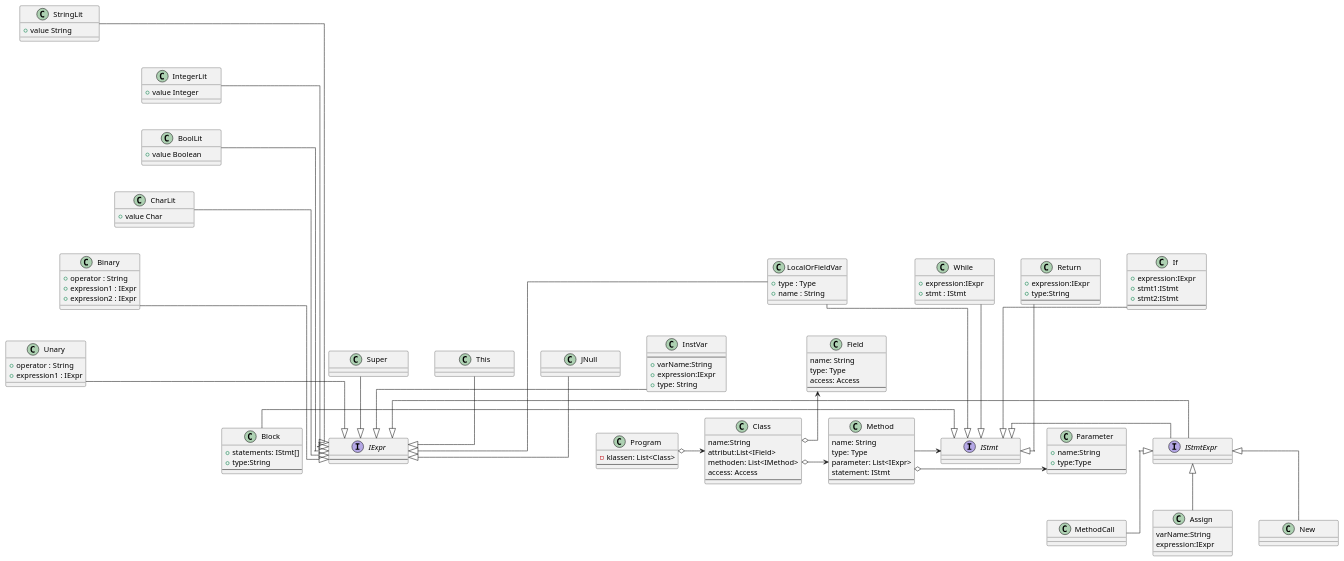
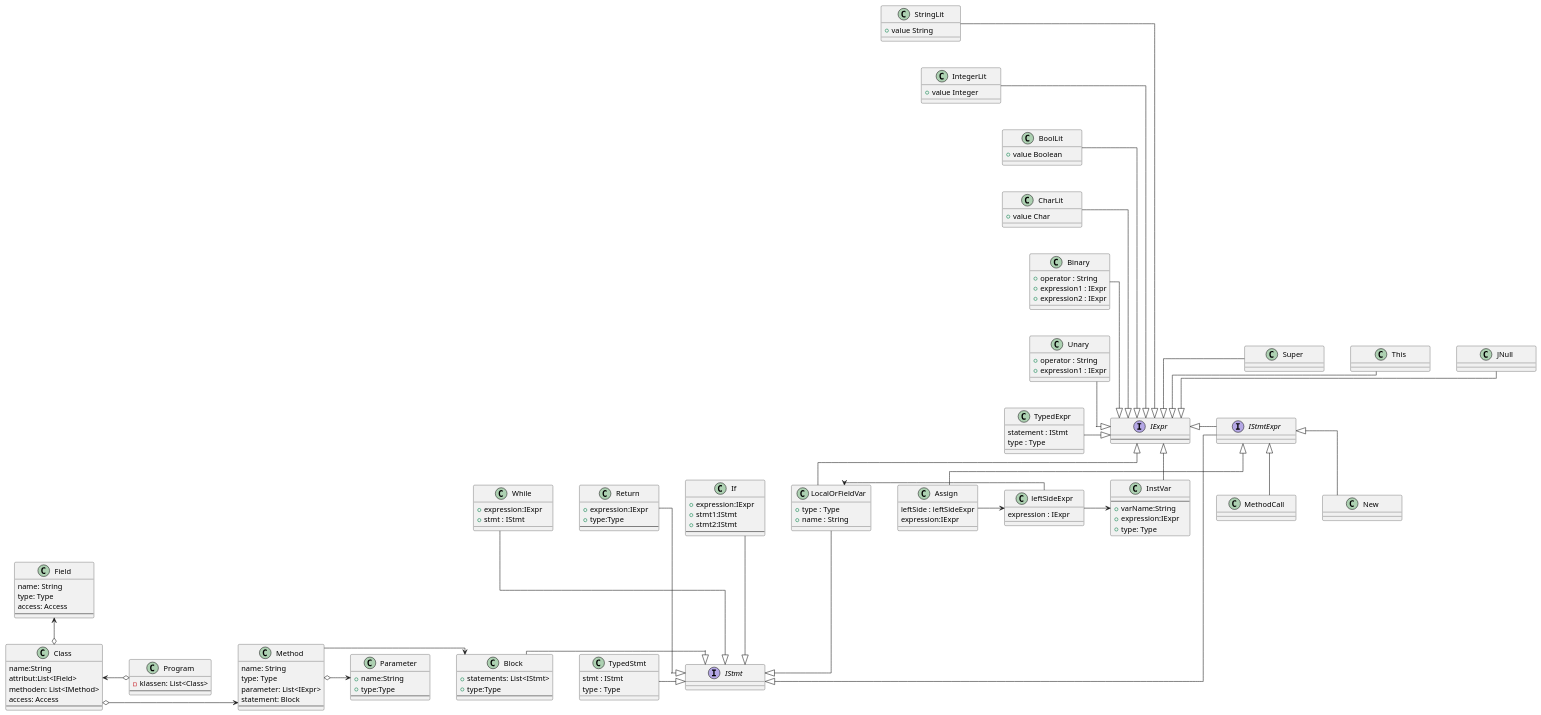
The diagram in Documentation/AbstrakteSyntaxAlternative.puml (FABI-BFR/Compsognathus), drawn with PlantUML before and after one commit.

Commit message:
Plümsche anpassungen

```diff
--- a/Documentation/AbstrakteSyntaxAlternative.puml
+++ b/Documentation/AbstrakteSyntaxAlternative.puml
@@ -45,11 +45,11 @@
 name: String
 type: Type
 parameter: List<IExpr>
-statement: IStmt
+statement: Block
 --
 }
 Method o-> Parameter
-Method -r> IStmt
+Method -r> Block
 
 'Class Parameter
 class Parameter{
@@ -66,7 +66,11 @@
 'Interface Statement
 interface IStmt{
 }
-
+class TypedStmt{
+stmt : IStmt
+type : Type
+}
+TypedStmt -|> IStmt
 class While{
 +expression:IExpr
 + stmt : IStmt
@@ -75,7 +79,7 @@
 
 class Return{
 +expression:IExpr
-+type:String
++type:Type
 --
 }
 Return ---|> IStmt
@@ -97,8 +101,8 @@
 
 
 class Block{
-+statements: IStmt[]
-+type:String
++statements: List<IStmt>
++type:Type
 --
 }
 Block -|> IStmt
@@ -121,11 +125,16 @@
 IStmtExpr <|-- MethodCall
 
 class Assign{
-varName:String
+leftSide : leftSideExpr
 expression:IExpr
 }
+Assign -> leftSideExpr
 IStmtExpr <|-- Assign
-
+class leftSideExpr{
+expression : IExpr
+}
+leftSideExpr -> InstVar
+leftSideExpr -> LocalOrFieldVar
 class New{
 }
 IStmtExpr <|-- New
@@ -141,7 +150,11 @@
 interface IExpr{
     --
 }
-
+class TypedExpr{
+statement : IStmt
+type : Type
+}
+TypedExpr -|> IExpr
 class StringLit{
 +value String
 }
@@ -201,7 +214,7 @@
     --
     +varName:String
     +expression:IExpr
-    +type: String
+    +type: Type
 }
 InstVar --|> IExpr
 
```
